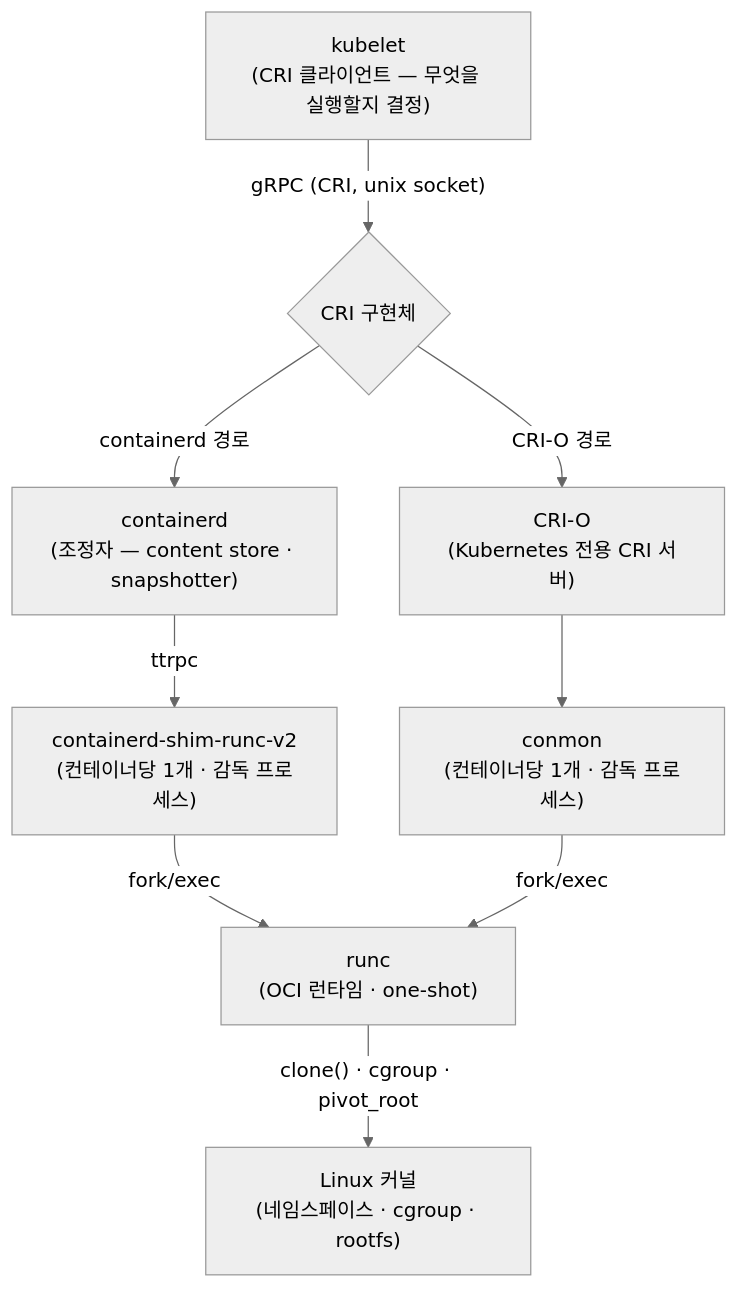
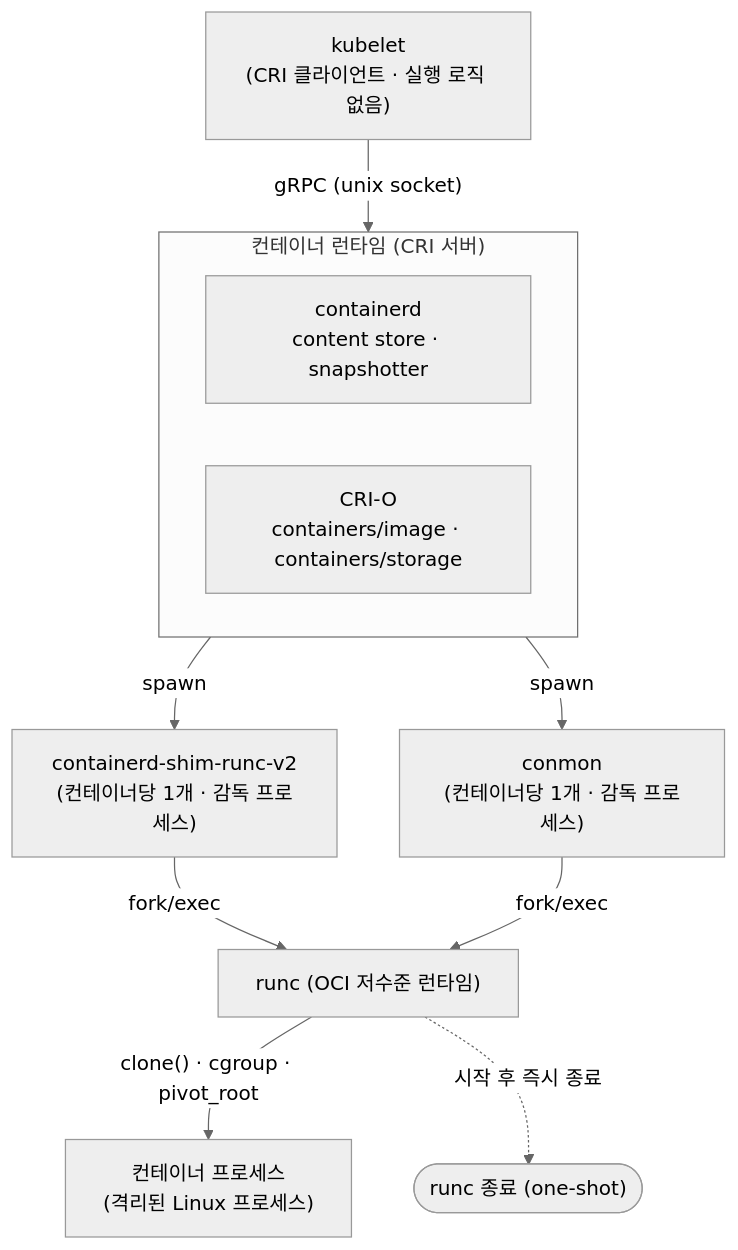
One commit to hongjeZZ/hongjeZZ.github.io changed the first of 2 diagrams in _posts/2026-07-03-container-runtime-execution.md. Above: the diagram before and after it, drawn with Mermaid (neutral theme). The commit also changed other lines of this file, not shown here.

First line of the commit message:
refactor(post): 컨테이너 런타임 실행 경로 난이도 계단 적용 (§2.5) (#16)

````diff
--- a/_posts/2026-07-03-container-runtime-execution.md
+++ b/_posts/2026-07-03-container-runtime-execution.md
@@ -16,12 +23,20 @@
 ```mermaid
-flowchart TD
-    kubelet["kubelet<br/>(CRI 클라이언트 — 무엇을 실행할지 결정)"]
-    kubelet -->|"gRPC (CRI, unix socket)"| RT{"CRI 구현체"}
-    RT -->|containerd 경로| CD["containerd<br/>(조정자 — content store · snapshotter)"]
-    RT -->|CRI-O 경로| CRIO["CRI-O<br/>(Kubernetes 전용 CRI 서버)"]
-    CD -->|ttrpc| SHIM["containerd-shim-runc-v2<br/>(컨테이너당 1개 · 감독 프로세스)"]
-    CRIO --> CONMON["conmon<br/>(컨테이너당 1개 · 감독 프로세스)"]
-    SHIM -->|fork/exec| RUNC["runc<br/>(OCI 런타임 · one-shot)"]
-    CONMON -->|fork/exec| RUNC
-    RUNC -->|"clone() · cgroup · pivot_root"| KERNEL["Linux 커널<br/>(네임스페이스 · cgroup · rootfs)"]
+graph TD
+    kubelet["kubelet<br/>(CRI 클라이언트 · 실행 로직 없음)"]
+    kubelet -->|"gRPC (unix socket)"| runtime
+
+    subgraph runtime["컨테이너 런타임 (CRI 서버)"]
+        direction LR
+        containerd["containerd<br/>content store · snapshotter"]
+        crio["CRI-O<br/>containers/image · containers/storage"]
+    end
+
+    containerd -->|spawn| shim["containerd-shim-runc-v2<br/>(컨테이너당 1개 · 감독 프로세스)"]
+    crio -->|spawn| conmon["conmon<br/>(컨테이너당 1개 · 감독 프로세스)"]
+
+    shim -->|fork/exec| runc["runc (OCI 저수준 런타임)"]
+    conmon -->|fork/exec| runc
+    runc -->|"clone() · cgroup · pivot_root"| proc["컨테이너 프로세스<br/>(격리된 Linux 프로세스)"]
+
+    runc -.->|시작 후 즉시 종료| gone(["runc 종료 (one-shot)"])
 ```
````
